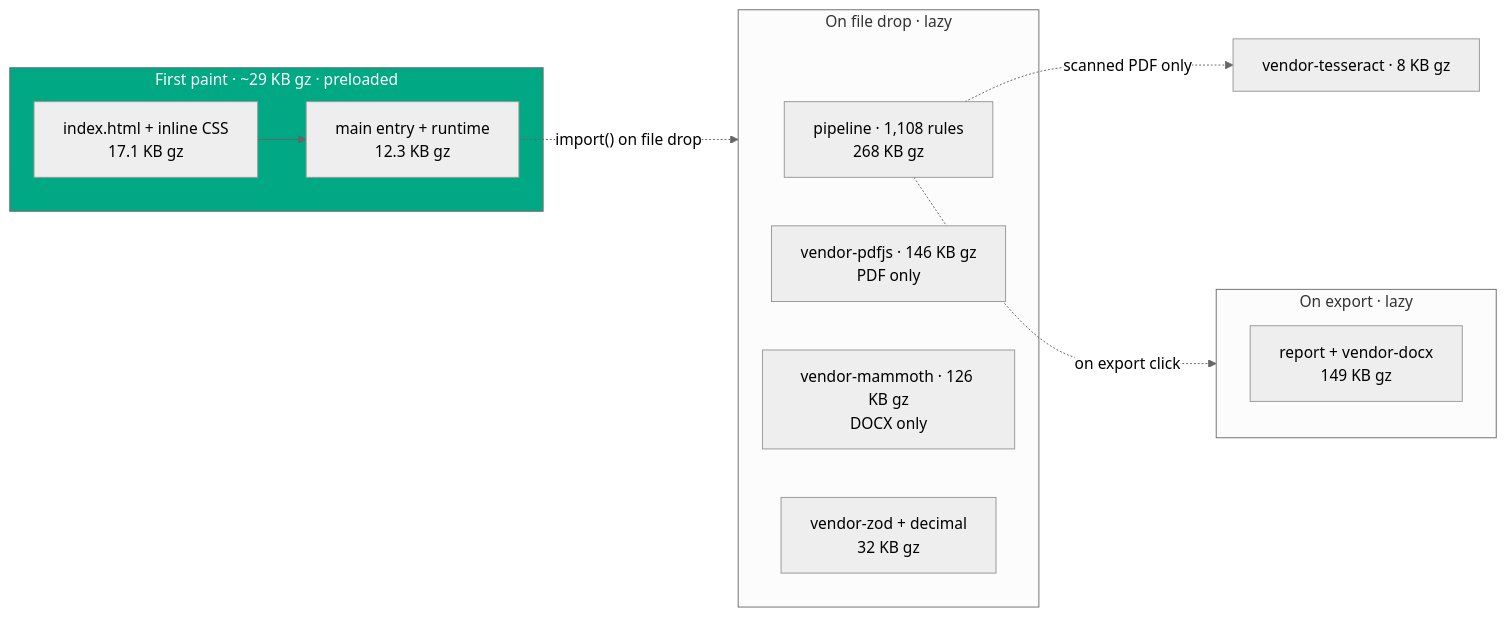
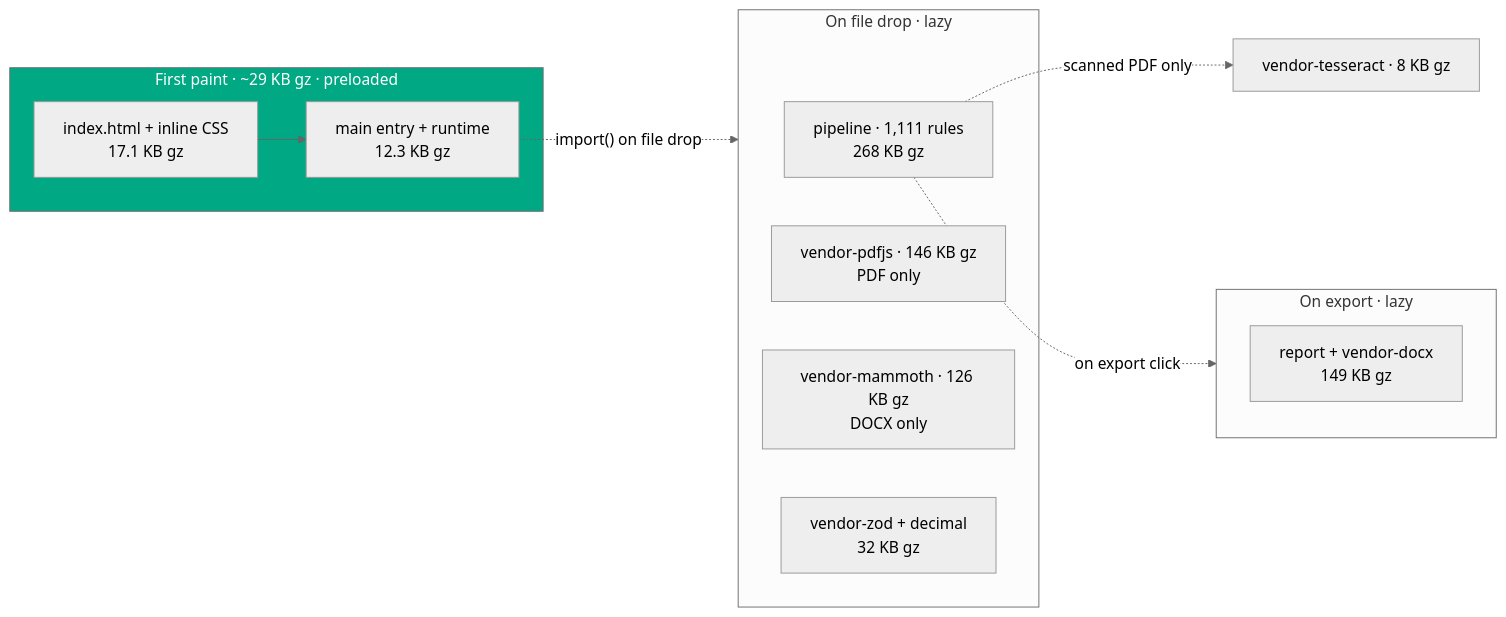
The tenth of 11 diagrams in README.md (clay-good/vaulytica), drawn with Mermaid (neutral theme) before and after one commit. The commit also changed other lines of this file and 107 other files, not shown here.

````diff
--- a/README.md
+++ b/README.md
@@ -1266,19 +1266,19 @@
 ```mermaid
 flowchart LR
   subgraph FP["First paint · ~29 KB gz · preloaded"]
     H[index.html + inline CSS<br/>17.1 KB gz] --> M[main entry + runtime<br/>12.3 KB gz]
   end
   M -. "import() on file drop" .-> DROP
   subgraph DROP["On file drop · lazy"]
-    P[pipeline · 1,108 rules<br/>268 KB gz]
+    P[pipeline · 1,111 rules<br/>268 KB gz]
     PDF[vendor-pdfjs · 146 KB gz<br/>PDF only]
     DOCXIN[vendor-mammoth · 126 KB gz<br/>DOCX only]
     Z[vendor-zod + decimal<br/>32 KB gz]
   end
   P -. "on export click" .-> EXP
   subgraph EXP["On export · lazy"]
     RPT[report + vendor-docx<br/>149 KB gz]
   end
   P -. "scanned PDF only" .-> OCR[vendor-tesseract · 8 KB gz]
   style FP fill:#00A883,color:#fff
 ```
````
